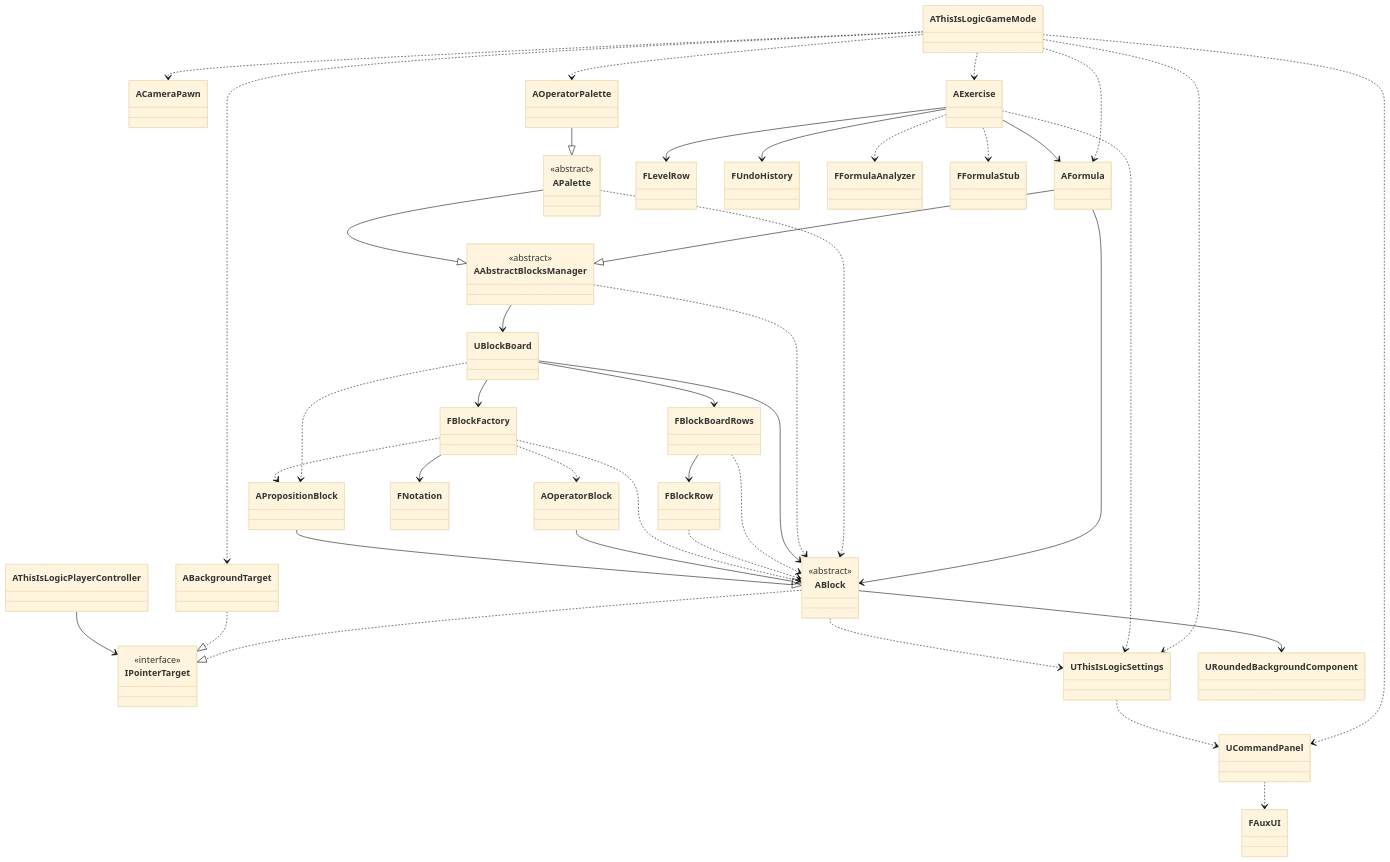
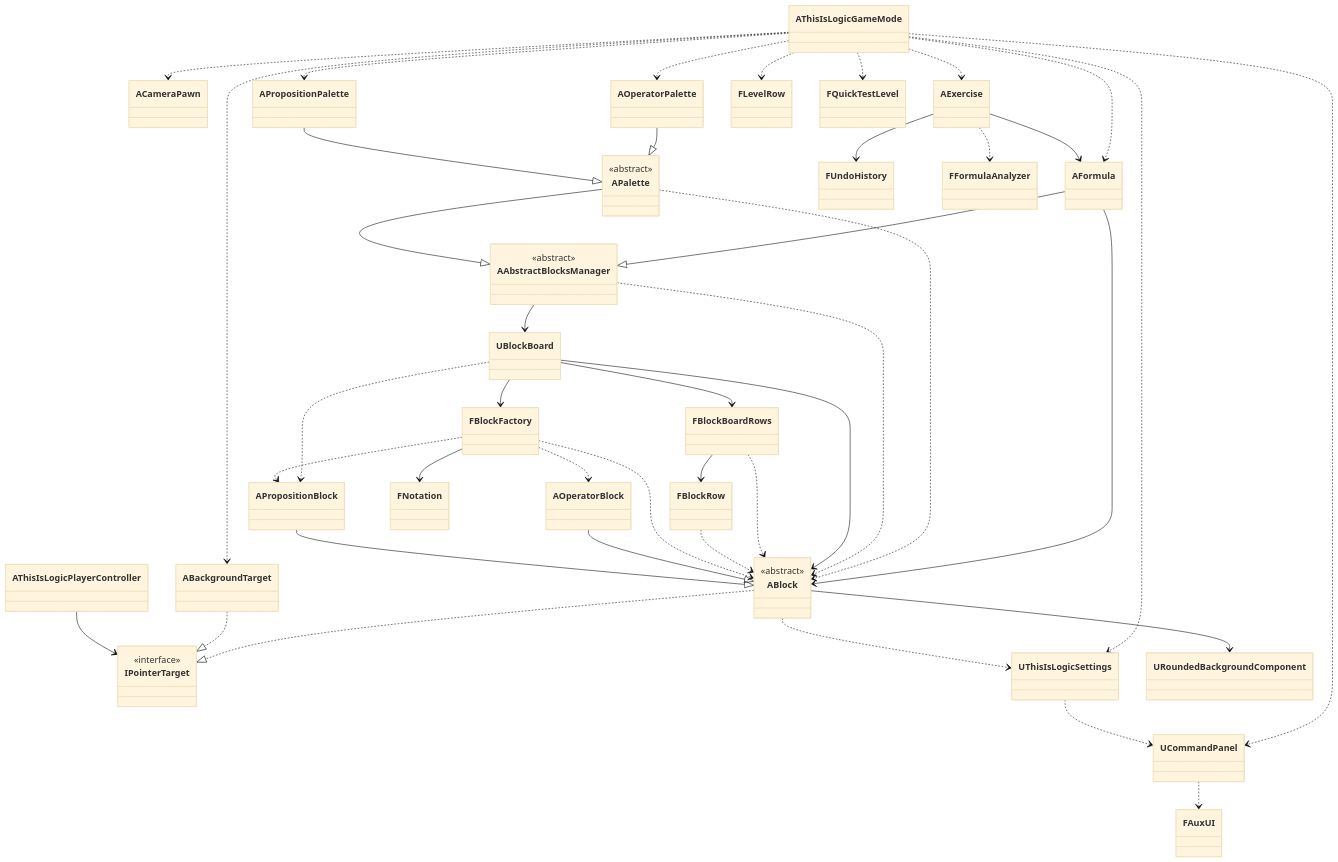
The diagram in README.md (expn-pi/ThisIsLogic), drawn with Mermaid (base theme) before and after one commit. The commit also changed other lines of this file and 17 other files, not shown here.

````diff
--- a/README.md
+++ b/README.md
@@ -86,65 +86,66 @@
 ```mermaid
 classDiagram
     class IPointerTarget {
         <<interface>>
     }
     class ABlock {
         <<abstract>>
     }
     class AAbstractBlocksManager {
         <<abstract>>
     }
     class APalette {
         <<abstract>>
     }
 
     AThisIsLogicGameMode ..> ACameraPawn
     AThisIsLogicGameMode ..> AFormula
     AThisIsLogicGameMode ..> ABackgroundTarget
     AThisIsLogicGameMode ..> AExercise
     AThisIsLogicGameMode ..> UCommandPanel
     AThisIsLogicGameMode ..> AOperatorPalette
+    AThisIsLogicGameMode ..> APropositionPalette
     AThisIsLogicGameMode ..> UThisIsLogicSettings
+    AThisIsLogicGameMode ..> FLevelRow
+    AThisIsLogicGameMode ..> FQuickTestLevel
 
     AExercise --> AFormula
-    AExercise --> FLevelRow
     AExercise --> FUndoHistory
     AExercise ..> FFormulaAnalyzer
-    AExercise ..> FFormulaStub
-    AExercise ..> UThisIsLogicSettings
 
     AFormula --|> AAbstractBlocksManager
     AFormula --> ABlock
 
     AOperatorPalette --|> APalette
+    APropositionPalette --|> APalette
     APalette --|> AAbstractBlocksManager
     APalette ..> ABlock
 
     AAbstractBlocksManager --> UBlockBoard
     AAbstractBlocksManager ..> ABlock
 
     UBlockBoard --> FBlockBoardRows
     UBlockBoard --> FBlockFactory
     UBlockBoard --> ABlock
     UBlockBoard ..> APropositionBlock
     FBlockBoardRows --> FBlockRow
     FBlockBoardRows ..> ABlock
     FBlockRow ..> ABlock
 
     FBlockFactory --> FNotation
     FBlockFactory ..> ABlock
     FBlockFactory ..> AOperatorBlock
     FBlockFactory ..> APropositionBlock
 
     AOperatorBlock --|> ABlock
     APropositionBlock --|> ABlock
     ABlock ..|> IPointerTarget
     ABlock --> URoundedBackgroundComponent
     ABlock ..> UThisIsLogicSettings
 
     ABackgroundTarget ..|> IPointerTarget
     AThisIsLogicPlayerController --> IPointerTarget
 
     UThisIsLogicSettings ..> UCommandPanel
     UCommandPanel ..> FAuxUI
 ```
````
